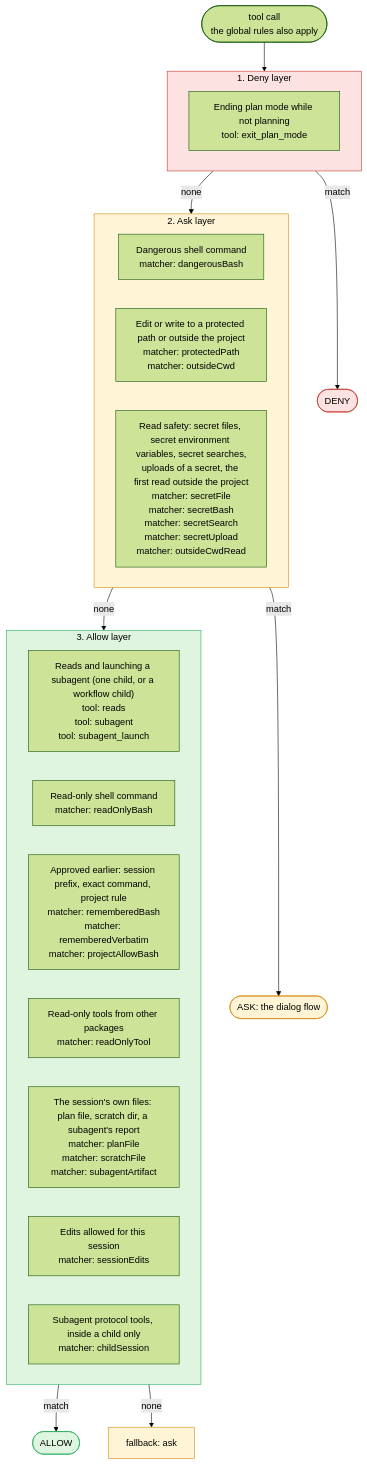
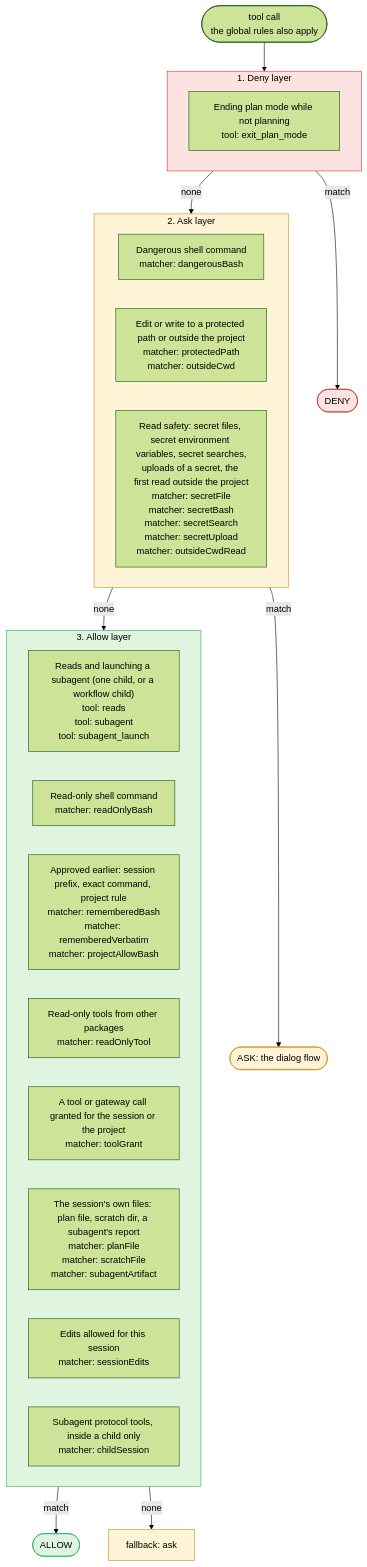
The third of 5 diagrams in pi-keeper/docs/design.md (DanielBlei/pi-packages), drawn with Mermaid (forest theme) before and after one commit. The commit also changed other lines of this file and 35 other files, not shown here.

````diff
--- a/pi-keeper/docs/design.md
+++ b/pi-keeper/docs/design.md
@@ -151,35 +151,36 @@
 ```mermaid
 %% chart: default
 flowchart TD
     d_call(["tool call<br/>the global rules also apply"]) --> d_deny
     subgraph d_deny["1. Deny layer"]
         d_deny_exit["Ending plan mode while not planning<br/>tool: exit_plan_mode"]
     end
     d_deny -- match --> d_r_deny(["DENY"])
     d_deny -- none --> d_ask
     subgraph d_ask["2. Ask layer"]
         d_ask_danger["Dangerous shell command<br/>matcher: dangerousBash"]
         d_ask_write["Edit or write to a protected path or outside the project<br/>matcher: protectedPath<br/>matcher: outsideCwd"]
         d_ask_read["Read safety: secret files, secret environment variables, secret searches,<br/>uploads of a secret, the first read outside the project<br/>matcher: secretFile<br/>matcher: secretBash<br/>matcher: secretSearch<br/>matcher: secretUpload<br/>matcher: outsideCwdRead"]
     end
     d_ask -- match --> d_r_ask(["ASK: the dialog flow"])
     d_ask -- none --> d_allow
     subgraph d_allow["3. Allow layer"]
         d_allow_reads["Reads and launching a subagent (one child, or a workflow child)<br/>tool: reads<br/>tool: subagent<br/>tool: subagent_launch"]
         d_allow_ro["Read-only shell command<br/>matcher: readOnlyBash"]
         d_allow_ok["Approved earlier: session prefix, exact command, project rule<br/>matcher: rememberedBash<br/>matcher: rememberedVerbatim<br/>matcher: projectAllowBash"]
         d_allow_tool["Read-only tools from other packages<br/>matcher: readOnlyTool"]
+        d_allow_grant["A tool or gateway call granted for the session or the project<br/>matcher: toolGrant"]
         d_allow_files["The session's own files: plan file, scratch dir, a subagent's report<br/>matcher: planFile<br/>matcher: scratchFile<br/>matcher: subagentArtifact"]
         d_allow_edits["Edits allowed for this session<br/>matcher: sessionEdits"]
         d_allow_child["Subagent protocol tools, inside a child only<br/>matcher: childSession"]
     end
     d_allow -- match --> d_r_allow(["ALLOW"])
     d_allow -- none --> d_fb["fallback: ask"]
     classDef denyC fill:#fde2e2,stroke:#c0392b,color:#000
     classDef askC fill:#fff4d6,stroke:#d68910,color:#000
     classDef allowC fill:#e0f5e0,stroke:#27ae60,color:#000
     classDef fbC fill:#eeeeee,stroke:#777777,color:#000
     class d_deny,d_r_deny denyC
     class d_ask,d_r_ask,d_fb askC
     class d_allow,d_r_allow allowC
 ```
````
